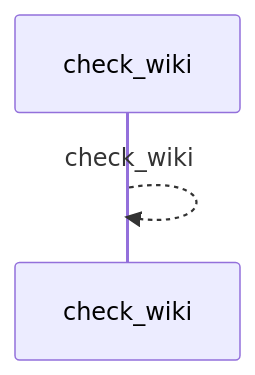
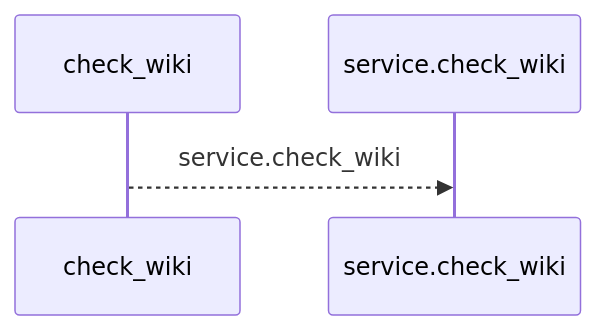
Before and after one commit to Denissvgn/python-wiki-llm: the first of 2 diagrams in docs/llm_wiki/flows/mcp-check_wiki.md, drawn with Mermaid. The commit also changed other lines of this file and 719 other files, not shown here.

````diff
--- a/docs/llm_wiki/flows/mcp-check_wiki.md
+++ b/docs/llm_wiki/flows/mcp-check_wiki.md
@@ -10,5 +10,6 @@
 ```mermaid
 sequenceDiagram
     participant p0 as check_wiki
-    p0-->>p0: check_wiki
+    participant p1 as service.check_wiki
+    p0-->>p1: service.check_wiki
 ```
````
